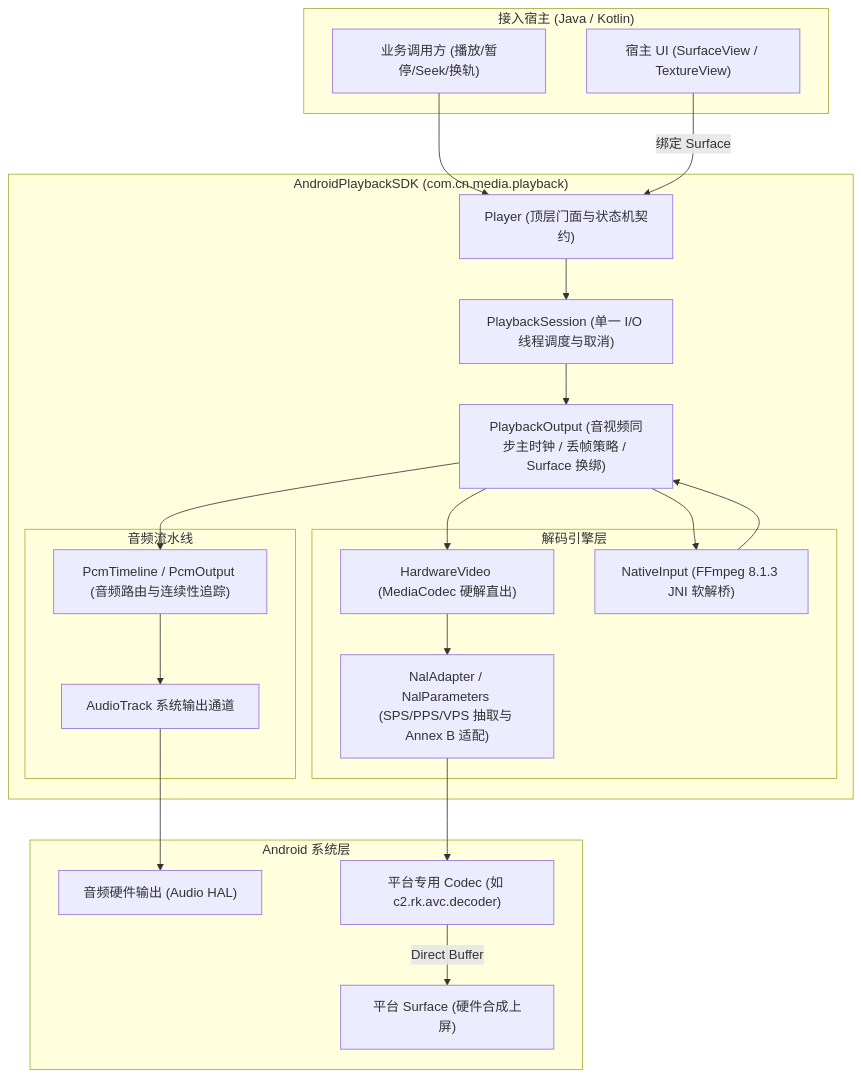
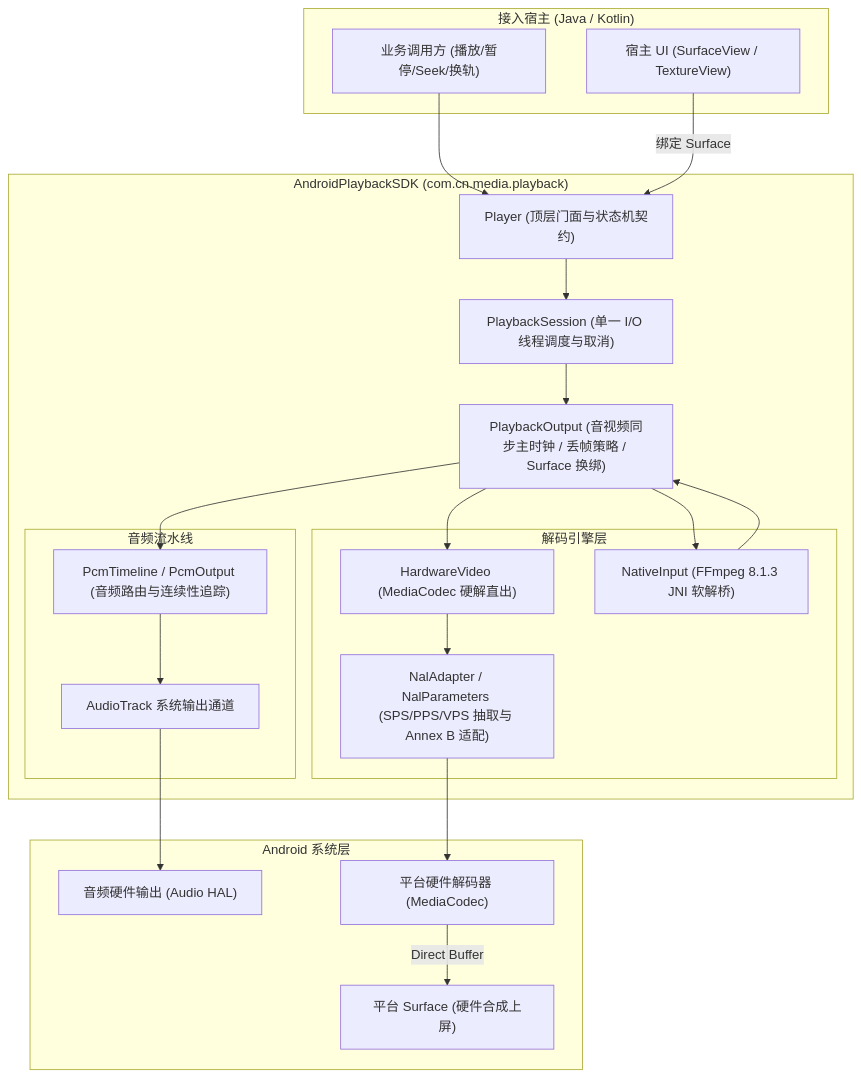
One commit to NingCui29/AndroidPlaybackSDK changed the diagram in README.md. Above: the diagram before and after it, drawn with Mermaid. The commit also changed other lines of this file, not shown here.

````diff
--- a/README.md
+++ b/README.md
@@ -34,44 +34,44 @@
 ```mermaid
 flowchart TD
     subgraph App["接入宿主 (Java / Kotlin)"]
         UI["宿主 UI (SurfaceView / TextureView)"]
         Caller["业务调用方 (播放/暂停/Seek/换轨)"]
     end
 
     subgraph SDK["AndroidPlaybackSDK (com.cn.media.playback)"]
         Player["Player (顶层门面与状态机契约)"]
         Session["PlaybackSession (单一 I/O 线程调度与取消)"]
         Output["PlaybackOutput (音视频同步主时钟 / 丢帧策略 / Surface 换绑)"]
         
         subgraph Decoders["解码引擎层"]
             HW["HardwareVideo (MediaCodec 硬解直出)"]
             NAL["NalAdapter / NalParameters (SPS/PPS/VPS 抽取与 Annex B 适配)"]
             SW["NativeInput (FFmpeg 8.1.3 JNI 软解桥)"]
         end
 
         subgraph Audio["音频流水线"]
             PCM["PcmTimeline / PcmOutput (音频路由与连续性追踪)"]
             AudioTrack["AudioTrack 系统输出通道"]
         end
     end
 
     subgraph Platform["Android 系统层"]
         Surface["平台 Surface (硬件合成上屏)"]
         AudioHAL["音频硬件输出 (Audio HAL)"]
-        Drivers["平台专用 Codec (如 c2.rk.avc.decoder)"]
+        Drivers["平台硬件解码器 (MediaCodec)"]
     end
 
     Caller --> Player
     UI -->|绑定 Surface| Player
     Player --> Session
     Session --> Output
     Output --> HW
     Output --> SW
     HW --> NAL
     NAL --> Drivers
     Drivers -->|Direct Buffer| Surface
     SW --> Output
     Output --> PCM
     PCM --> AudioTrack
     AudioTrack --> AudioHAL
 ```
````
